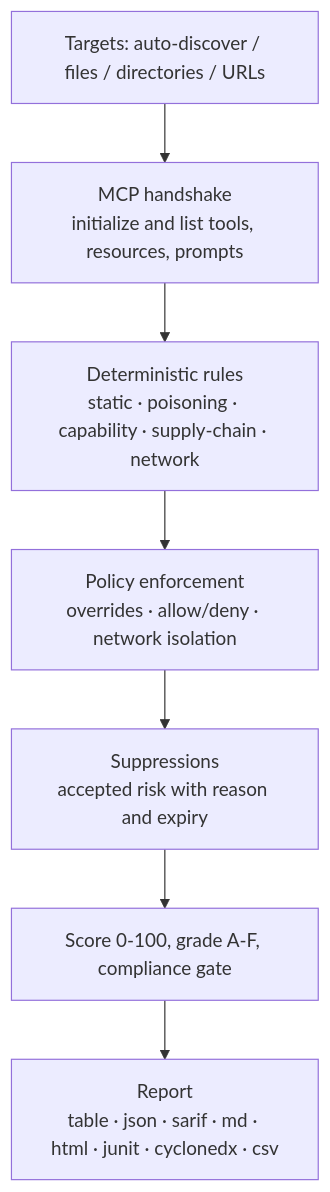
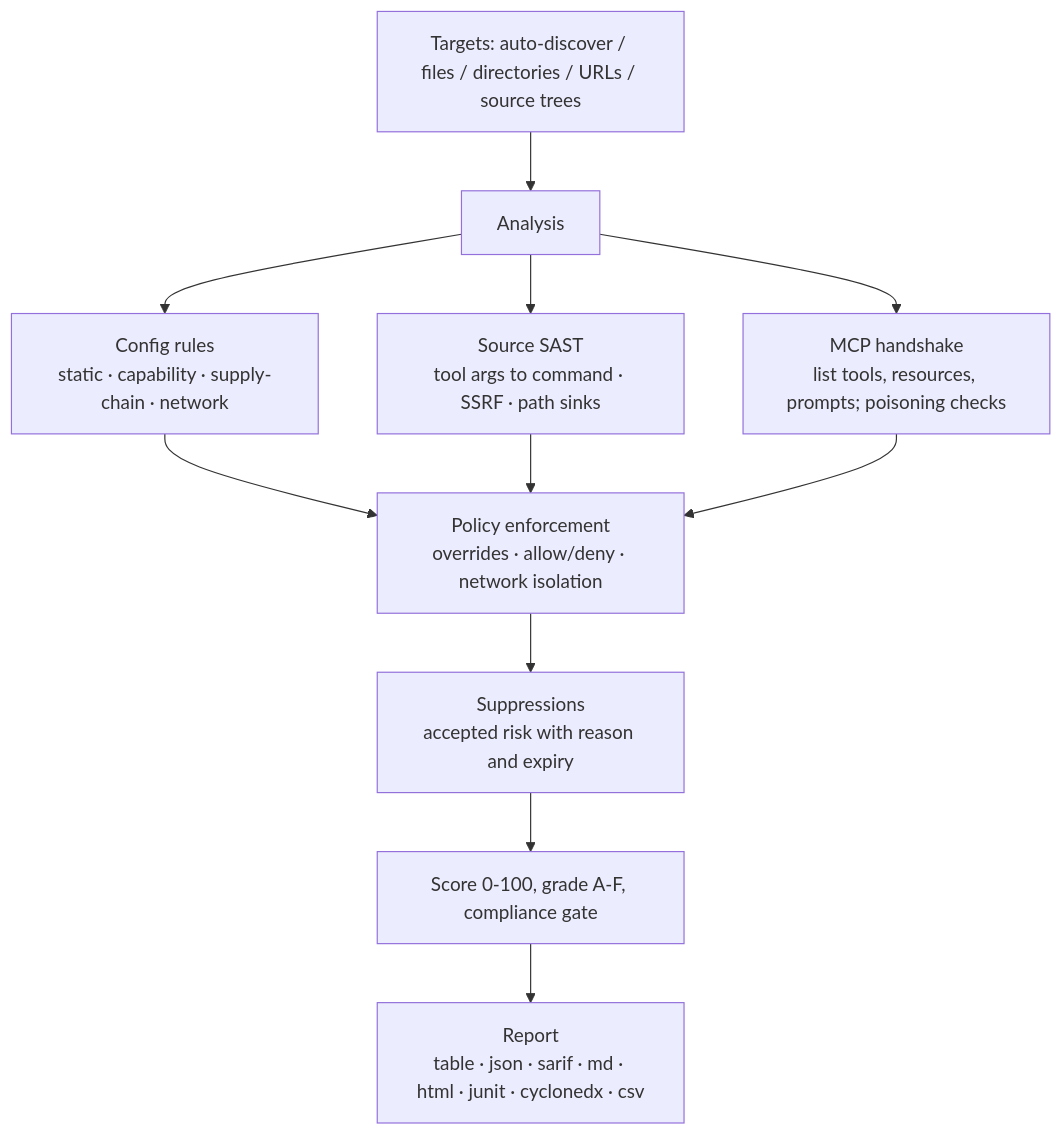
One commit to HUA503/mcprism changed the diagram in README.md. Above: the diagram before and after it, drawn with Mermaid. The commit also changed other lines of this file and 20 other files, not shown here.

First line of the commit message:
feat: source-code review (SAST) for MCP server implementations

````diff
--- a/README.md
+++ b/README.md
@@ -331,9 +423,13 @@
 ```mermaid
 flowchart TD
-  A[Targets: auto-discover / files / directories / URLs] --> B[MCP handshake<br/>initialize and list tools, resources, prompts]
-  B --> C[Deterministic rules<br/>static · poisoning · capability · supply-chain · network]
-  C --> D[Policy enforcement<br/>overrides · allow/deny · network isolation]
+  A[Targets: auto-discover / files / directories / URLs / source trees] --> B[Analysis]
+  B --> B1[Config rules<br/>static · capability · supply-chain · network]
+  B --> B2[Source SAST<br/>tool args to command · SSRF · path sinks]
+  B --> B3[MCP handshake<br/>list tools, resources, prompts; poisoning checks]
+  B1 --> D[Policy enforcement<br/>overrides · allow/deny · network isolation]
+  B2 --> D
+  B3 --> D
   D --> E[Suppressions<br/>accepted risk with reason and expiry]
   E --> F[Score 0-100, grade A-F, compliance gate]
   F --> G[Report<br/>table · json · sarif · md · html · junit · cyclonedx · csv]
 ```
````
